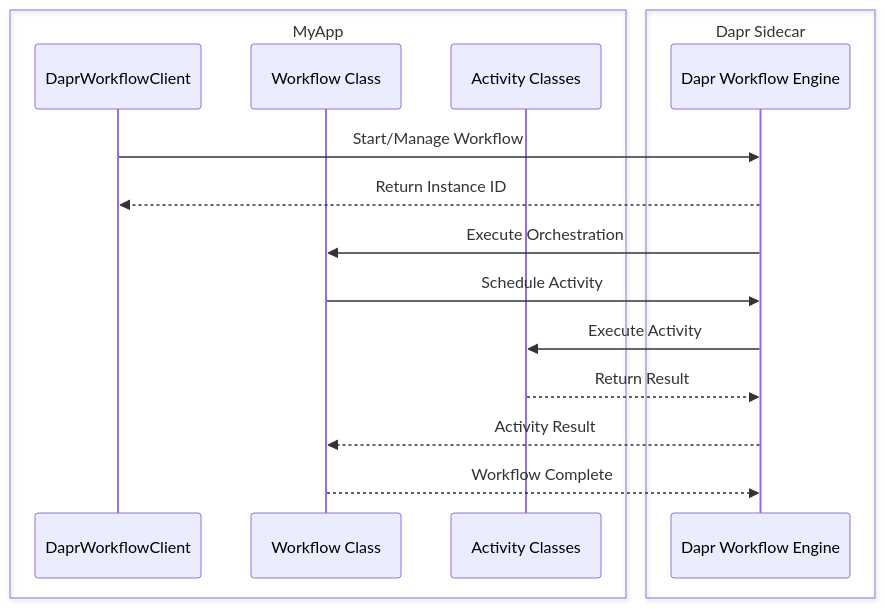
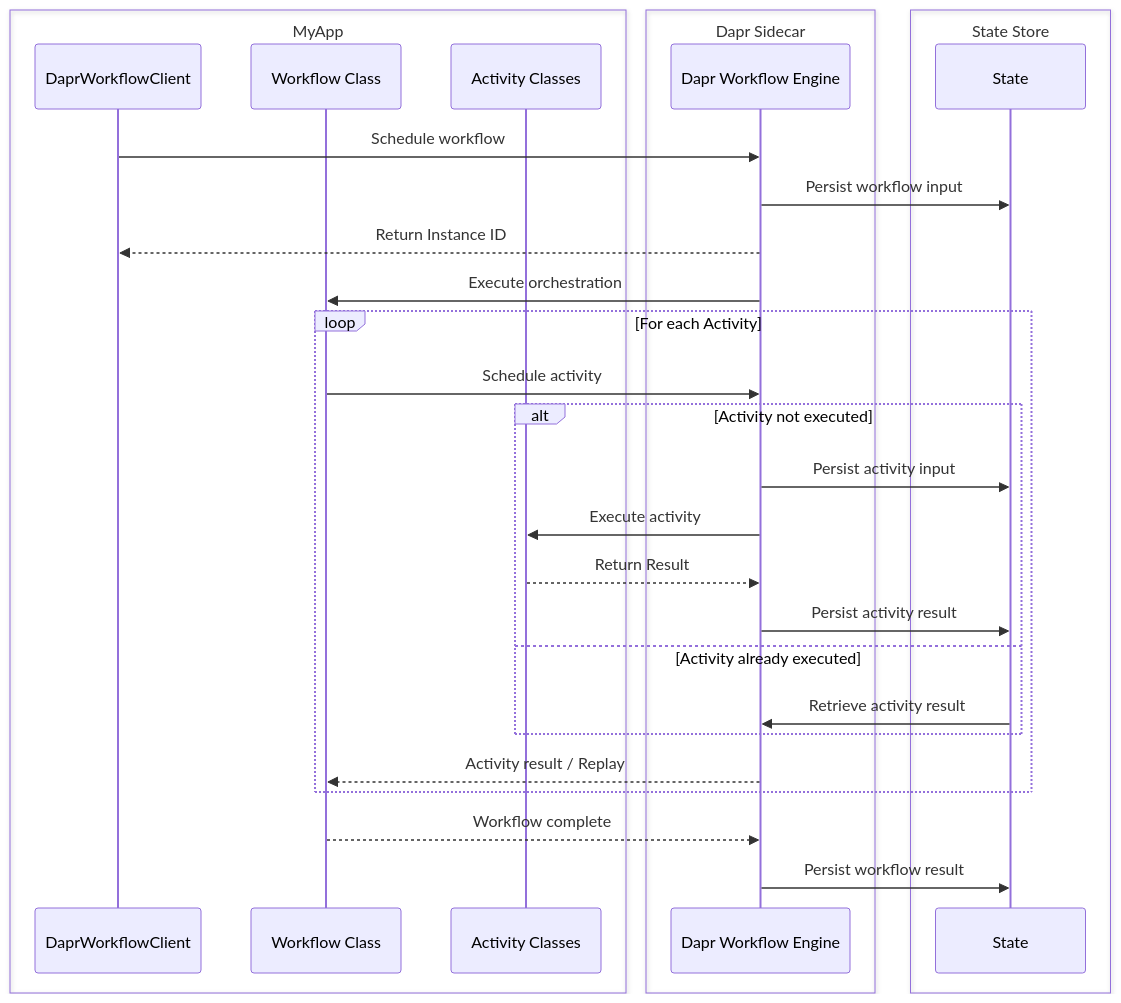
One commit to diagrid-labs/dapr-reliable-agentic-systems changed the diagram in .demo/slides/04-dapr-workflow/04-05-workflow-sequence-diagram.md. Above: the diagram before and after it, drawn with Mermaid. The commit also changed 3 other files, not shown here.

````diff
--- a/.demo/slides/04-dapr-workflow/04-05-workflow-sequence-diagram.md
+++ b/.demo/slides/04-dapr-workflow/04-05-workflow-sequence-diagram.md
@@ -8,20 +8,33 @@
 ```mermaid
 sequenceDiagram
     box MyApp
         participant Client as DaprWorkflowClient
         participant Workflow as Workflow Class
         participant Activity as Activity Classes
     end
     box Dapr Sidecar
         participant Engine as Dapr Workflow Engine
     end
+    box State Store 
+        participant State as State
+    end
 
-    Client->>Engine: Start/Manage Workflow
+    Client->>Engine: Schedule workflow
+    Engine->>State: Persist workflow input
     Engine-->>Client: Return Instance ID
-    Engine->>Workflow: Execute Orchestration
-    Workflow->>Engine: Schedule Activity
-    Engine->>Activity: Execute Activity
-    Activity-->>Engine: Return Result
-    Engine-->>Workflow: Activity Result
-    Workflow-->>Engine: Workflow Complete
+    Engine->>Workflow: Execute orchestration
+    loop For each Activity
+        Workflow->>Engine: Schedule activity
+        alt Activity not executed
+        Engine->>State: Persist activity input
+        Engine->>Activity: Execute activity
+        Activity-->>Engine: Return Result
+        Engine->>State: Persist activity result
+        else Activity already  executed
+            State->>Engine: Retrieve activity result
+        end
+        Engine-->>Workflow: Activity result / Replay
+    end
+    Workflow-->>Engine: Workflow complete
+    Engine->>State: Persist workflow result
 ```
````
